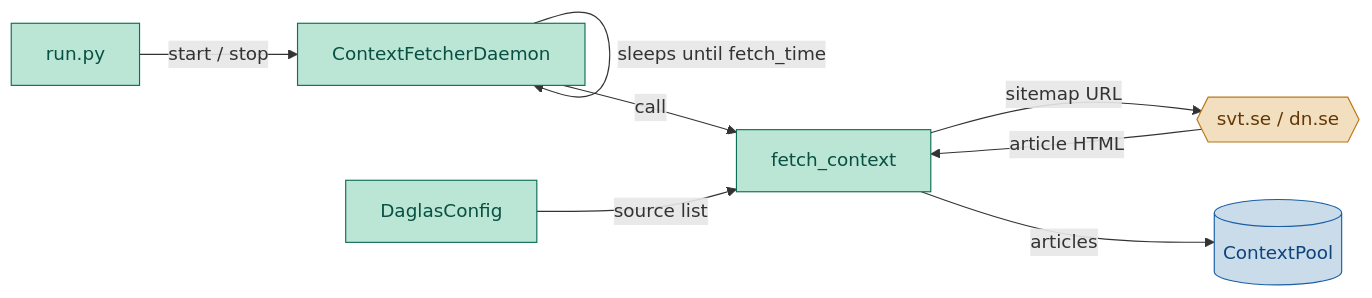
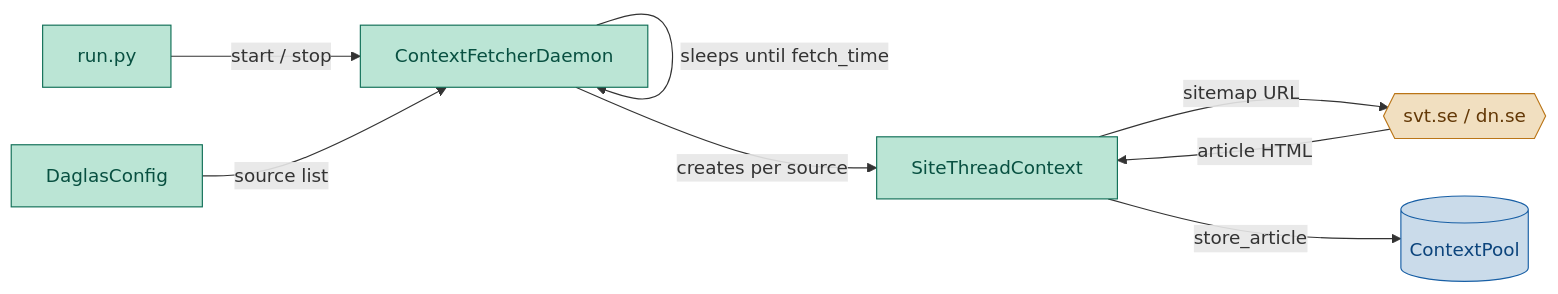
One commit to yunfei-ma/daglas changed the first of 11 diagrams in tasks/context_fetcher.md. Above: the diagram before and after it, drawn with Mermaid. The commit also changed other lines of this file and 15 other files, not shown here.

First line of the commit message:
refactor: extract shared article fetch, add timing instrumentation, DAGLAS_LOG_LEVEL

````diff
--- a/tasks/context_fetcher.md
+++ b/tasks/context_fetcher.md
@@ -11,21 +11,21 @@
 ```mermaid
 graph LR
     classDef core    fill:#bbe5d5,stroke:#0F6E56,color:#085041
     classDef store   fill:#cadbea,stroke:#185FA5,color:#0C447C
     classDef external fill:#f1dfc0,stroke:#BA7517,color:#633806
 
     Runner[run.py]:::core
     Daemon[ContextFetcherDaemon]:::core
+    Context[SiteThreadContext]:::core
     Site{{svt.se / dn.se}}:::external
     Pool[(ContextPool)]:::store
     Config[DaglasConfig]:::core
 
     Runner -->|start / stop| Daemon
     Daemon -->|sleeps until fetch_time| Daemon
-    Daemon -->|call| Fetcher
-    Fetcher[fetch_context]:::core
-    Config -->|source list| Fetcher
-    Fetcher -->|sitemap URL| Site
-    Site -->|article HTML| Fetcher
-    Fetcher -->|articles| Pool
+    Config -->|source list| Daemon
+    Daemon -->|creates per source| Context
+    Context -->|sitemap URL| Site
+    Site -->|article HTML| Context
+    Context -->|store_article| Pool
 ```
````
